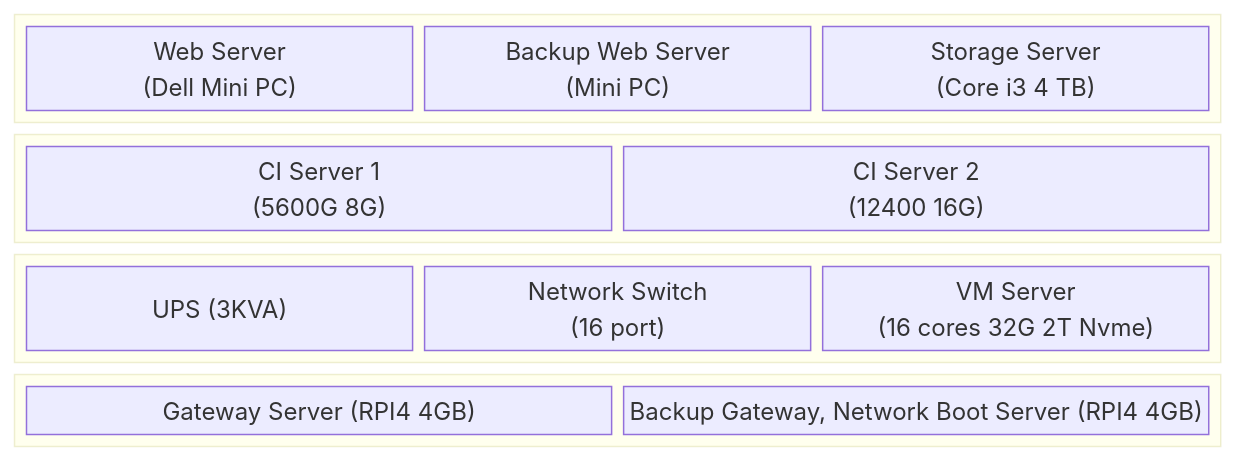
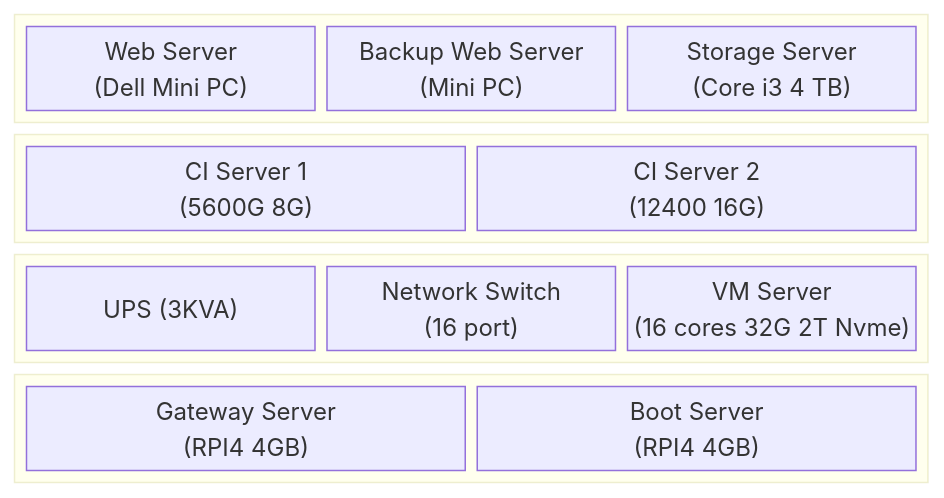
Before and after one commit to ravi688/MyDocs: the diagram in README.md, drawn with Mermaid.

````diff
--- a/README.md
+++ b/README.md
@@ -15,16 +15,16 @@
 ```mermaid
 block-beta
   columns 1
   block:group1
     a ["Web Server\n(Dell Mini PC)"] e["Backup Web Server\n(Mini PC)"] b ["Storage Server\n(Core i3 4 TB)"]
   end
   block:group2
   c["CI Server 1\n(5600G 8G)"] d["CI Server 2\n(12400 16G)"]
   end
   block:group3
   f["UPS (3KVA)"] g["Network Switch\n(16 port)"] h["VM Server\n(16 cores 32G 2T Nvme)"]
   end
   block:group4
-  i["Gateway Server (RPI4 4GB)"] j["Backup Gateway, Network Boot Server (RPI4 4GB)"]
+  i["Gateway Server\n(RPI4 4GB)"] j["Boot Server\n(RPI4 4GB)"]
   end
 ```
````
